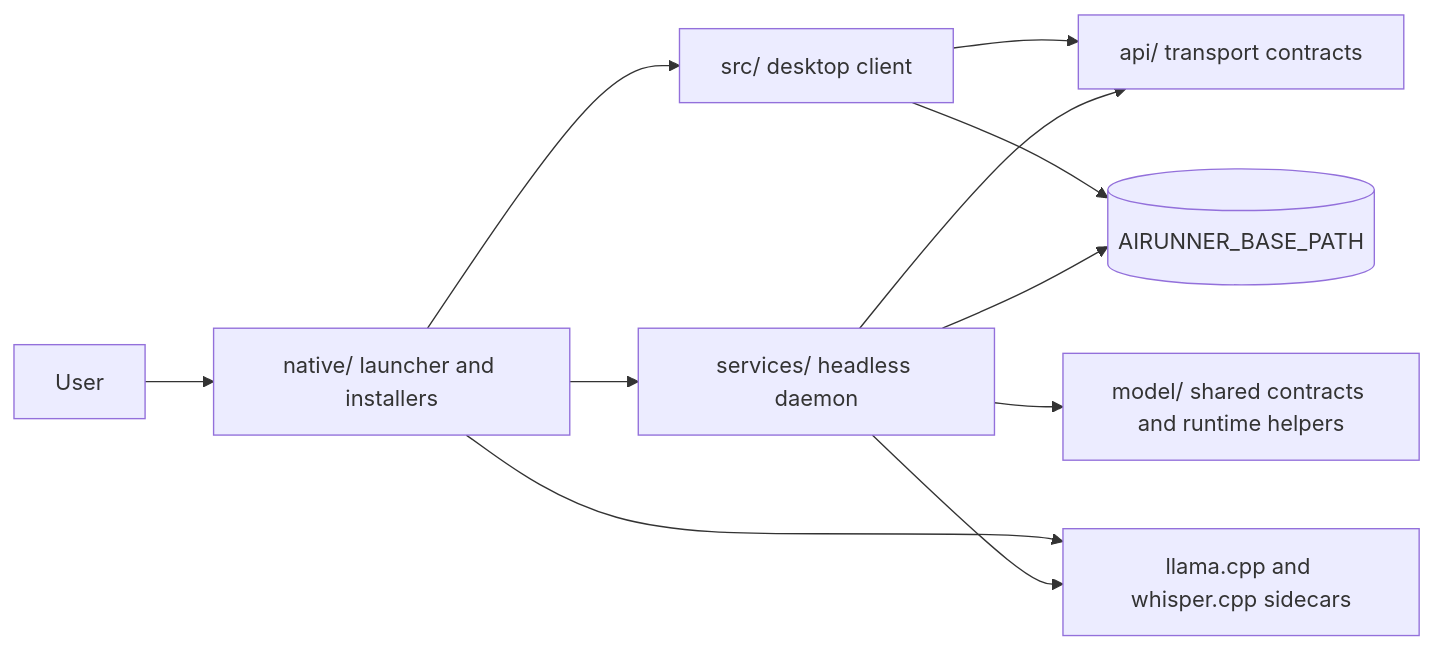
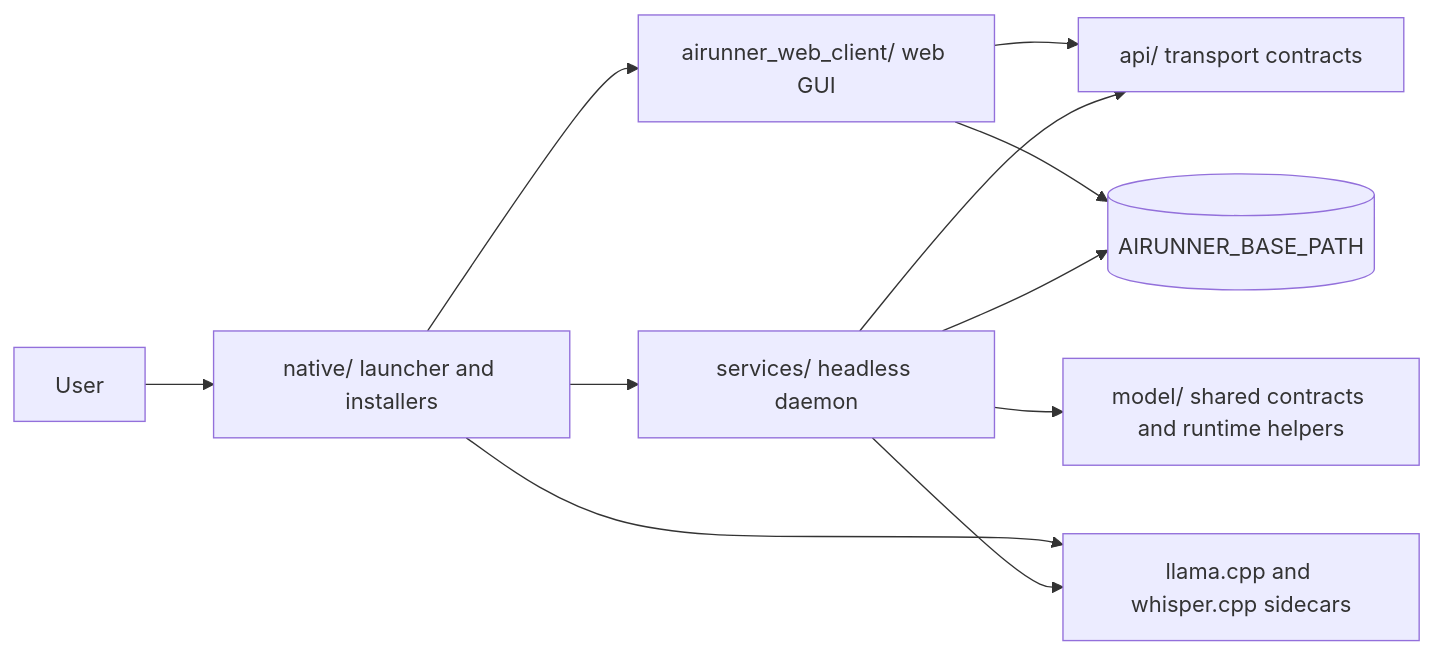
The diagram in README.md (Capsize-Games/airunner), drawn with Mermaid before and after one commit. The commit also changed other lines of this file and 3451 other files, not shown here.

````diff
--- a/README.md
+++ b/README.md
@@ -59,13 +59,13 @@
 ```mermaid
 flowchart LR
   User[User] --> Native[native/ launcher and installers]
-  Native --> GUI[src/ desktop client]
+  Native --> Web[airunner_web_client/ web GUI]
   Native --> Daemon[services/ headless daemon]
-  GUI --> API[api/ transport contracts]
+  Web --> API[api/ transport contracts]
   Daemon --> API
   Daemon --> Model[model/ shared contracts and runtime helpers]
   Native --> Sidecars[llama.cpp and whisper.cpp sidecars]
   Daemon --> Sidecars
-  GUI --> Data[(AIRUNNER_BASE_PATH)]
+  Web --> Data[(AIRUNNER_BASE_PATH)]
   Daemon --> Data
 ```
````
